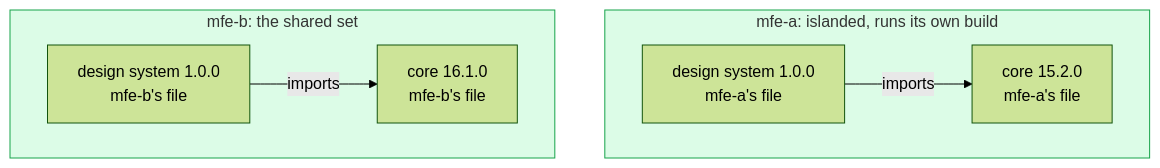
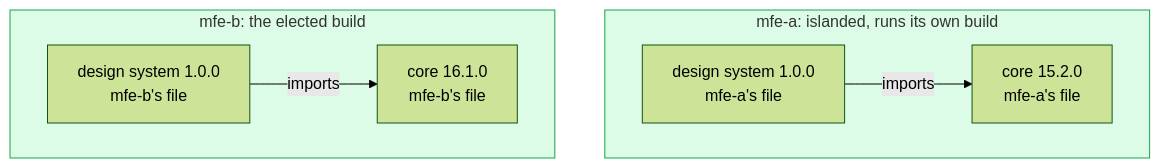
The seventh of 9 diagrams in src/content/docs/v4/orchestrator/pooling.md (native-federation/native-federation-website), drawn with Mermaid (forest theme) before and after one commit. The commit also changed other lines of this file and 11 other files, not shown here.

````diff
--- a/src/content/docs/v4/orchestrator/pooling.md
+++ b/src/content/docs/v4/orchestrator/pooling.md
@@ -218,11 +261,11 @@
 ```mermaid
 flowchart TB
     subgraph A["mfe-a: islanded, runs its own build"]
         a_ds["design system 1.0.0<br/>mfe-a's file"] -->|"imports"| a_core["core 15.2.0<br/>mfe-a's file"]
     end
-    subgraph B["mfe-b: the shared set"]
+    subgraph B["mfe-b: the elected build"]
         b_ds["design system 1.0.0<br/>mfe-b's file"] -->|"imports"| b_core["core 16.1.0<br/>mfe-b's file"]
     end
     style A fill:#dcfce7,stroke:#16a34a
     style B fill:#dcfce7,stroke:#16a34a
 ```
````
